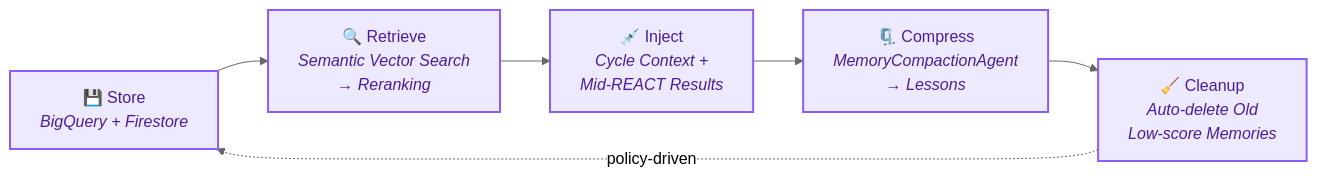
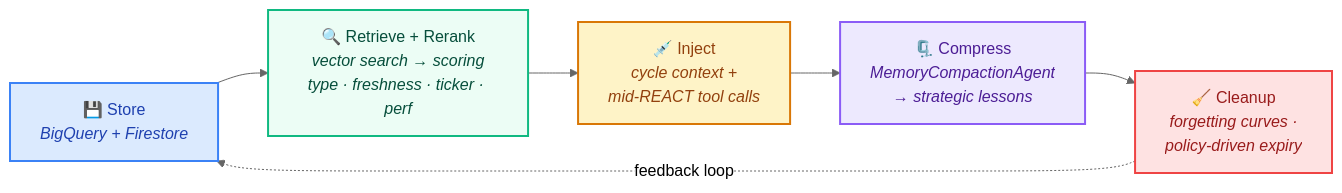
The third of 3 diagrams in README.md (midnightnnn/llm_invest), drawn with Mermaid (neutral theme) before and after one commit. The commit also changed other lines of this file, not shown here.

````diff
--- a/README.md
+++ b/README.md
@@ -322,14 +290,23 @@
 ```mermaid
 flowchart LR
     ST["💾 Store<br><i>BigQuery + Firestore</i>"]
-    RT["🔍 Retrieve<br><i>Semantic Vector Search<br>→ Reranking</i>"]
-    IN["💉 Inject<br><i>Cycle Context +<br>Mid-REACT Results</i>"]
-    CO["🗜️ Compress<br><i>MemoryCompactionAgent<br>→ Lessons</i>"]
-    CL["🧹 Cleanup<br><i>Auto-delete Old<br>Low-score Memories</i>"]
+    RT["🔍 Retrieve + Rerank<br><i>vector search → scoring<br>type · freshness · ticker · perf</i>"]
+    IN["💉 Inject<br><i>cycle context +<br>mid-REACT tool calls</i>"]
+    CO["🗜️ Compress<br><i>MemoryCompactionAgent<br>→ strategic lessons</i>"]
+    CL["🧹 Cleanup<br><i>forgetting curves ·<br>policy-driven expiry</i>"]
 
     ST --> RT --> IN --> CO --> CL
-    CL -.->|"policy-driven"| ST
+    CL -.->|"feedback loop"| ST
 
-    classDef mem fill:#ede9fe,stroke:#8b5cf6,stroke-width:2px,color:#4c1d95
-    class ST,RT,IN,CO,CL mem
+    classDef store fill:#dbeafe,stroke:#3b82f6,stroke-width:2px,color:#1e40af
+    classDef retrieve fill:#ecfdf5,stroke:#10b981,stroke-width:2px,color:#064e3b
+    classDef inject fill:#fef3c7,stroke:#d97706,stroke-width:2px,color:#92400e
+    classDef compress fill:#ede9fe,stroke:#8b5cf6,stroke-width:2px,color:#4c1d95
+    classDef cleanup fill:#fee2e2,stroke:#ef4444,stroke-width:2px,color:#991b1b
+
+    class ST store
+    class RT retrieve
+    class IN inject
+    class CO compress
+    class CL cleanup
 ```
````
